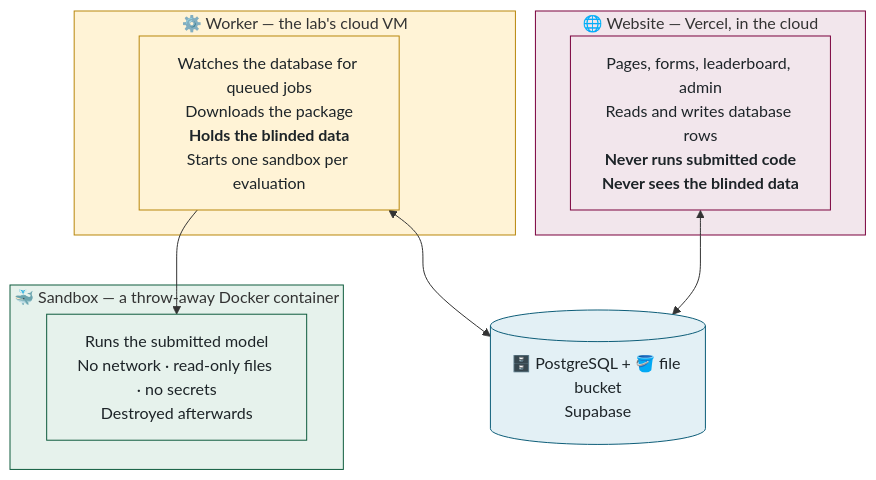
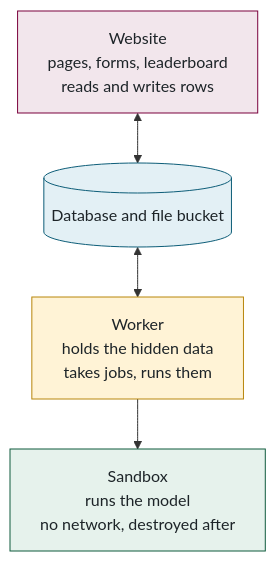
The second of 2 diagrams in docs/walkthrough/01-the-five-minute-version.md (McMaster-Battery-Research-Group/battery-soc-benchmark), drawn with Mermaid before and after one commit. The commit also changed other lines of this file and 53 other files, not shown here.

Commit message:
Walkthrough: rewritten shorter and plainer — 12 parts, 15 flat diagrams, glossary and reference tables at the back, no icons

````diff
--- a/docs/walkthrough/01-the-five-minute-version.md
+++ b/docs/walkthrough/01-the-five-minute-version.md
@@ -52,27 +30,18 @@
 ```mermaid
 flowchart TB
-    subgraph WEB["🌐 Website — Vercel, in the cloud"]
-        W["Pages, forms, leaderboard, admin<br/>Reads and writes database rows<br/><b>Never runs submitted code<br/>Never sees the blinded data</b>"]
-    end
-    subgraph WORKER["⚙️ Worker — the lab's cloud VM"]
-        K["Watches the database for queued jobs<br/>Downloads the package<br/><b>Holds the blinded data</b><br/>Starts one sandbox per evaluation"]
-    end
-    subgraph SANDBOX["🐳 Sandbox — a throw-away Docker container"]
-        S["Runs the submitted model<br/>No network · read-only files · no secrets<br/>Destroyed afterwards"]
-    end
-    DB[("🗄️ PostgreSQL + 🪣 file bucket<br/>Supabase")]
-    W <--> DB
-    K <--> DB
+    W["Website<br/>pages, forms, leaderboard<br/>reads and writes rows"]
+    D[("Database and file bucket")]
+    K["Worker<br/>holds the hidden data<br/>takes jobs, runs them"]
+    S["Sandbox<br/>runs the model<br/>no network, destroyed after"]
+    W <--> D
+    D <--> K
     K --> S
-    style WEB fill:#F2E6EC,stroke:#7A003C
-    style WORKER fill:#FFF3D6,stroke:#B8860B
-    style SANDBOX fill:#E6F2EC,stroke:#0E5B3D
     classDef web fill:#F2E6EC,stroke:#7A003C,color:#1d2428
     classDef worker fill:#FFF3D6,stroke:#B8860B,color:#1d2428
     classDef sandbox fill:#E6F2EC,stroke:#0E5B3D,color:#1d2428
     classDef data fill:#E3F0F5,stroke:#0D5D78,color:#1d2428
     class W web
     class K worker
     class S sandbox
-    class DB data
+    class D data
 ```
````
